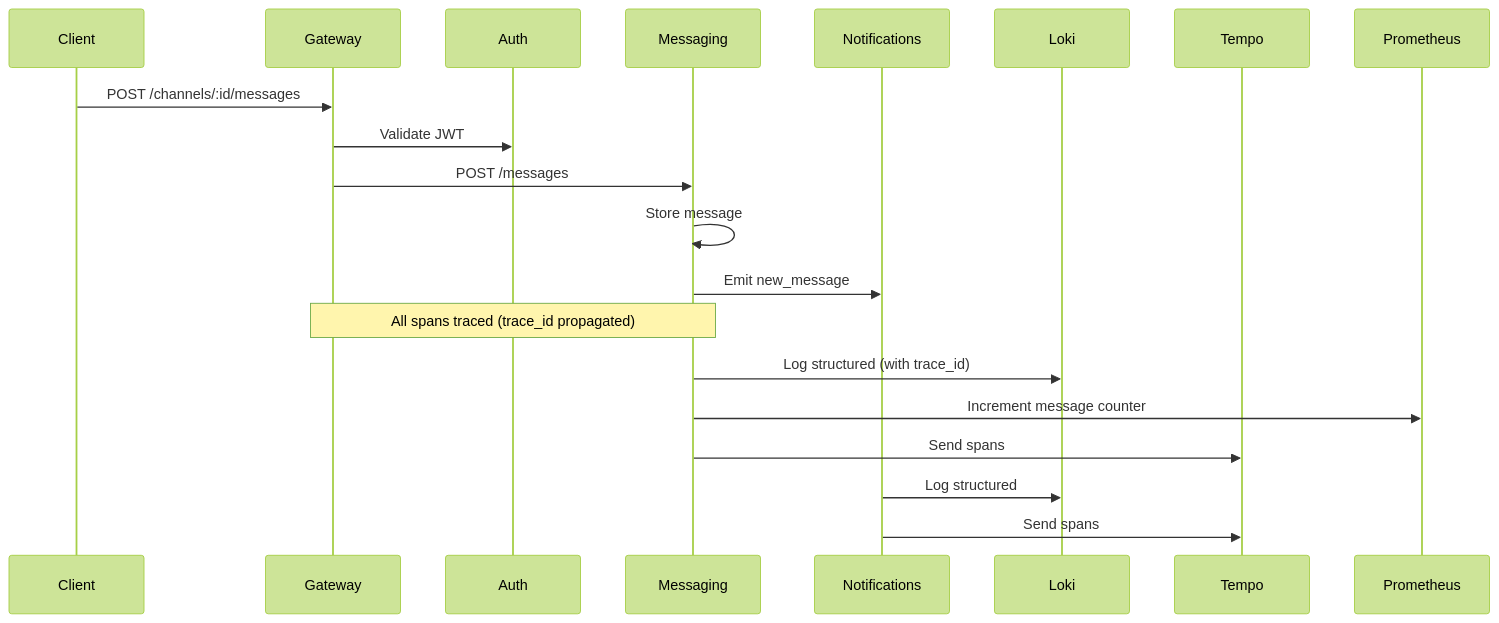
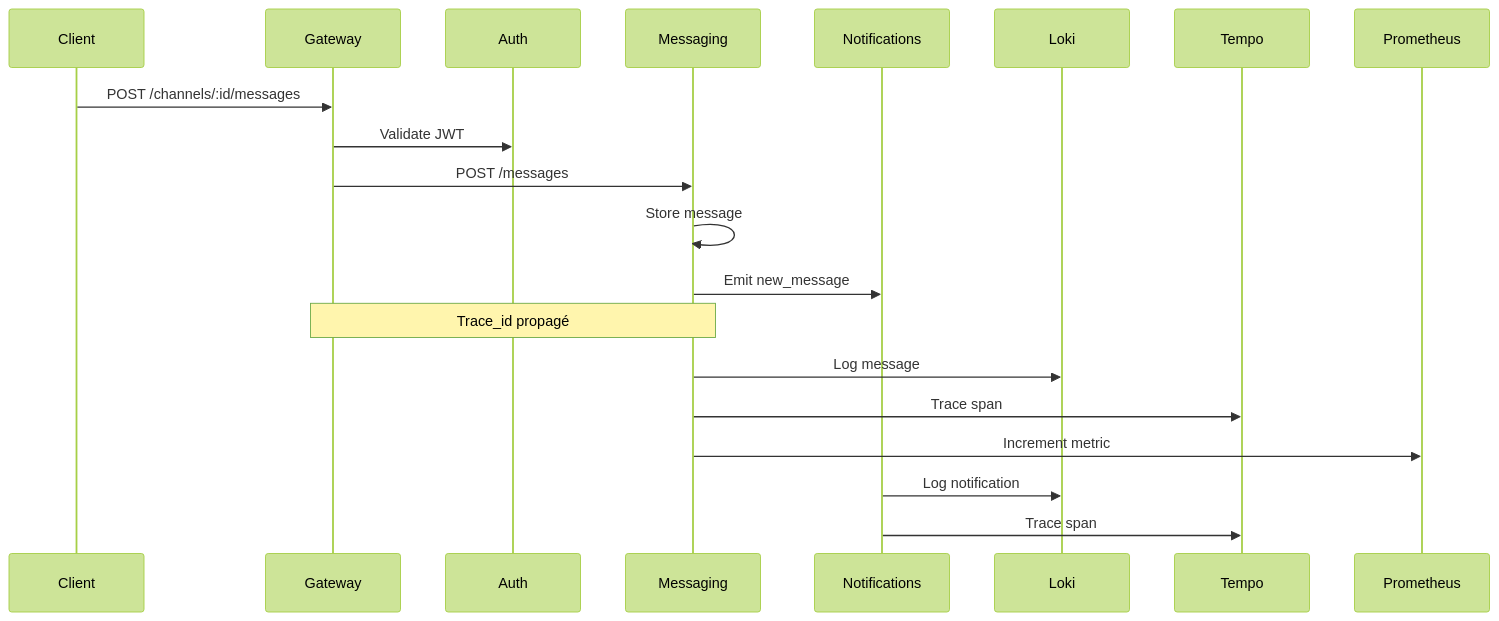
One commit to Razano26/Beep-TAD.AM changed the second of 2 diagrams in vue-technique/03-observabilite-supervision.adoc. Above: the diagram before and after it, drawn with Mermaid (forest theme). The commit also changed other lines of this file and 5 other files, not shown here.

Commit message:
feat: Update technical documentation for Beep application, enhancing sections on architecture, observability, security, search integration, UI integration, and production management for improved clarity and detail

```diff
--- a/vue-technique/03-observabilite-supervision.adoc
+++ b/vue-technique/03-observabilite-supervision.adoc
@@ -116,26 +109,26 @@
 [mermaid]
 ----
 sequenceDiagram
     participant Client
     participant Gateway
     participant Auth
     participant Messaging
     participant Notifications
     participant Loki
     participant Tempo
     participant Prometheus
 
     Client->>Gateway: POST /channels/:id/messages
     Gateway->>Auth: Validate JWT
     Gateway->>Messaging: POST /messages
     Messaging->>Messaging: Store message
     Messaging->>Notifications: Emit new_message
 
-    Note over Gateway,Messaging: All spans traced (trace_id propagated)
+    Note over Gateway,Messaging: Trace_id propagé
 
-    Messaging->>Loki: Log structured (with trace_id)
-    Messaging->>Prometheus: Increment message counter
-    Messaging->>Tempo: Send spans
-    Notifications->>Loki: Log structured
-    Notifications->>Tempo: Send spans
+    Messaging->>Loki: Log message
+    Messaging->>Tempo: Trace span
+    Messaging->>Prometheus: Increment metric
+    Notifications->>Loki: Log notification
+    Notifications->>Tempo: Trace span
 ----
```
